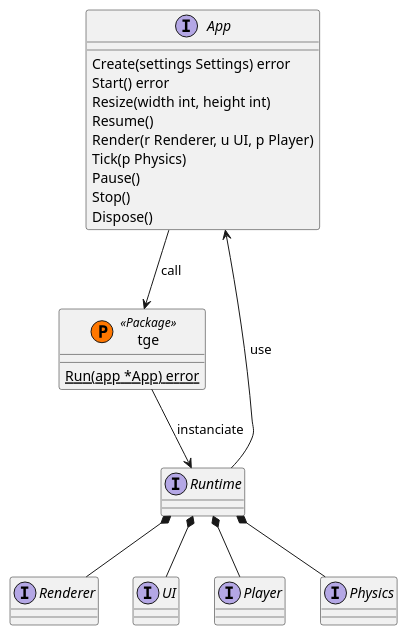
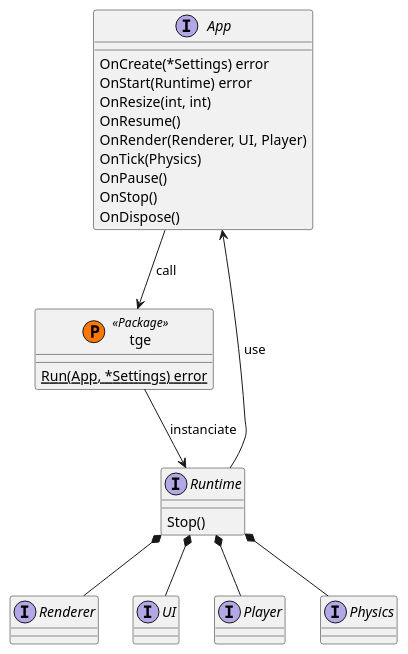
Before and after one commit to Thommil/tge: the diagram in specs/api.puml, drawn with PlantUML. The commit also changed 2 other files, not shown here.

```diff
--- a/specs/api.puml
+++ b/specs/api.puml
@@ -2,43 +2,44 @@
 @startuml API
 ' Components
 interface App {
-    Create(settings Settings) error
-    Start() error
-    Resize(width int, height int)
-    Resume()
-    Render(r Renderer, u UI, p Player)
-    Tick(p Physics)
-    Pause()
-    Stop()
-    Dispose()
+    OnCreate(*Settings) error
+    OnStart(Runtime) error
+    OnResize(int, int)
+    OnResume()
+    OnRender(Renderer, UI, Player)
+    OnTick(Physics)
+    OnPause()
+    OnStop()
+    OnDispose()
 }
 
 class tge << (P,#FF7700) Package >> {
-    {static} Run(app *App) error
+    {static} Run(App, *Settings) error
 }
 
 interface Runtime {
+    Stop()
 }
 
 interface Renderer {
 }
 
 interface UI {
 }
 
 interface Player {
 }
 
 interface Physics {
 }
 
 ' Relations
 App --> tge : call
 tge --> Runtime : instanciate
 App <-- Runtime : use
 
 Runtime *-- Renderer
 Runtime *-- UI
 Runtime *-- Player
 Runtime *-- Physics
 @enduml
```
